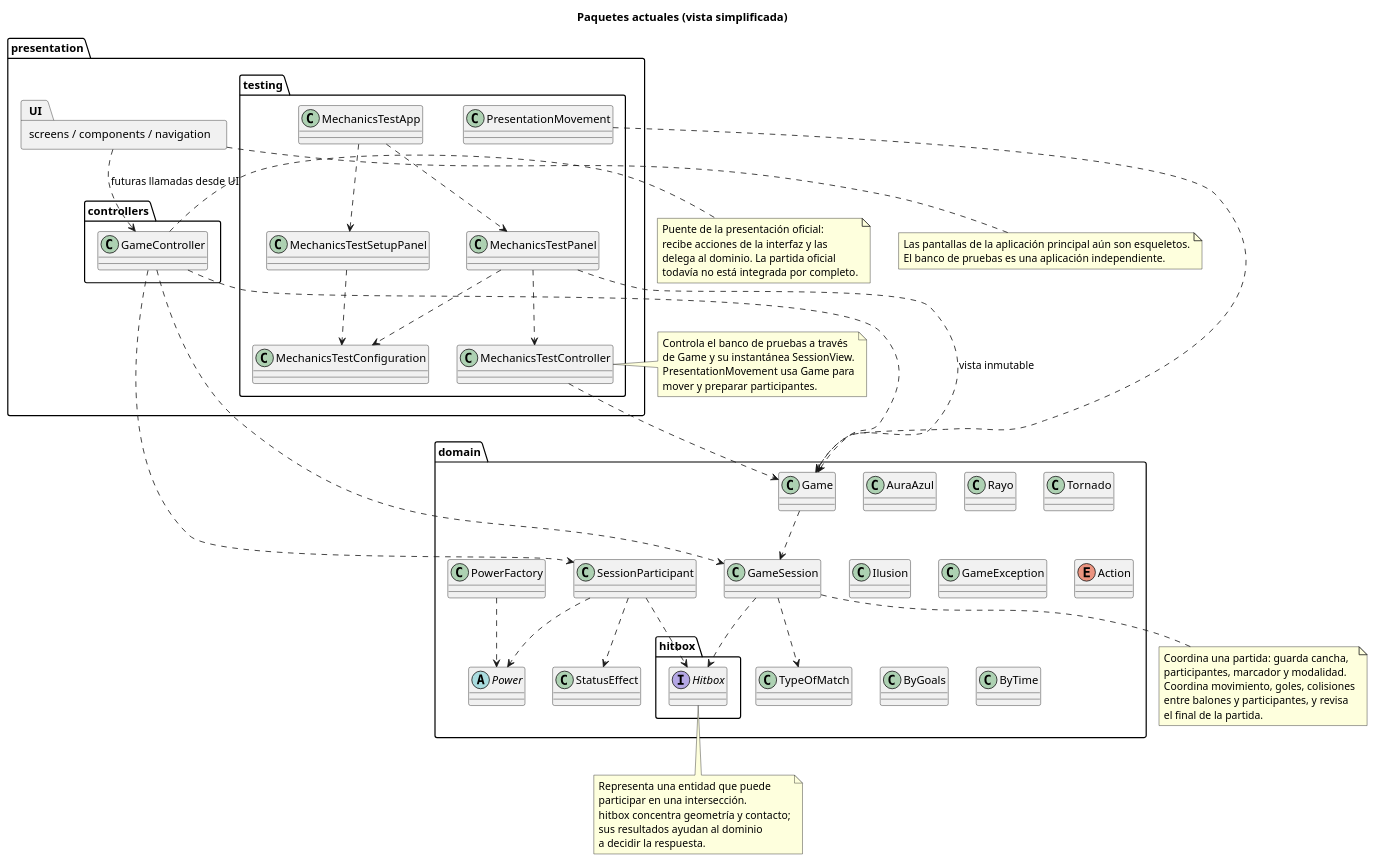
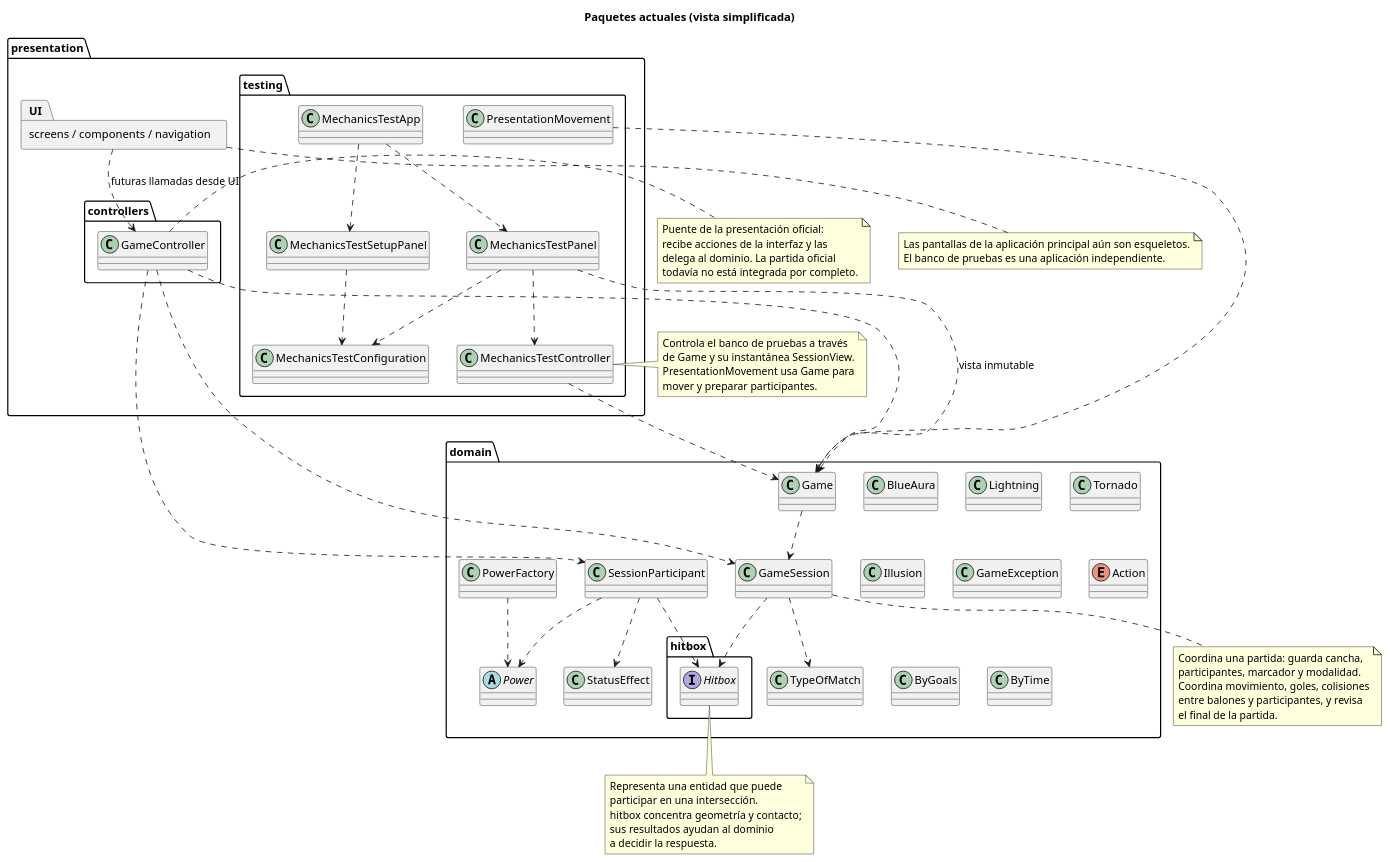
Before and after one commit to PaglkG/ProyectoFinal-Dopo: the diagram in docs/uml/package-diagram.puml, drawn with PlantUML. The commit also changed 41 other files, not shown here.

Commit message:
ajuste de diagrama de clase Game y session

```diff
--- a/docs/uml/package-diagram.puml
+++ b/docs/uml/package-diagram.puml
@@ -1,87 +1,87 @@
 @startuml
 allowmixing
 title Paquetes actuales (vista simplificada)
 package "presentation" {
   package "controllers" {
     class GameController
   }
   package "testing" {
     class MechanicsTestApp
     class MechanicsTestSetupPanel
     class MechanicsTestConfiguration
     class MechanicsTestPanel
     class MechanicsTestController
     class PresentationMovement
   }
   package "screens / components / navigation" as UI
 }
 package "domain" {
   class Game
   class GameSession
   class SessionParticipant
   class TypeOfMatch
   package "hitbox" {
     interface Hitbox
   }
   class StatusEffect
   abstract class Power
-  class AuraAzul
-  class Rayo
+  class BlueAura
+  class Lightning
   class Tornado
-  class Ilusion
+  class Illusion
   class PowerFactory
   class GameException
   enum Action
   class ByGoals
   class ByTime
 }
 GameController ..> Game
 GameController ..> GameSession
 GameController ..> SessionParticipant
 Game ..> GameSession
 GameSession ..> TypeOfMatch
 GameSession ..> Hitbox
 SessionParticipant ..> Hitbox
 SessionParticipant ..> StatusEffect
 SessionParticipant ..> Power
 PowerFactory ..> Power
 UI ..> GameController : futuras llamadas desde UI
 MechanicsTestPanel ..> MechanicsTestController
 MechanicsTestSetupPanel ..> MechanicsTestConfiguration
 MechanicsTestApp ..> MechanicsTestSetupPanel
 MechanicsTestApp ..> MechanicsTestPanel
 MechanicsTestPanel ..> MechanicsTestConfiguration
 MechanicsTestPanel ..> Game : vista inmutable
 MechanicsTestController ..> Game
 PresentationMovement ..> Game
 note bottom of UI
   Las pantallas de la aplicación principal aún son esqueletos.
   El banco de pruebas es una aplicación independiente.
 end note
 note right of GameController
   Puente de la presentación oficial:
   recibe acciones de la interfaz y las
   delega al dominio. La partida oficial
   todavía no está integrada por completo.
 end note
 note bottom of GameSession
   Coordina una partida: guarda cancha,
   participantes, marcador y modalidad.
   Coordina movimiento, goles, colisiones
   entre balones y participantes, y revisa
   el final de la partida.
 end note
 note bottom of Hitbox
   Representa una entidad que puede
   participar en una intersección.
   hitbox concentra geometría y contacto;
   sus resultados ayudan al dominio
   a decidir la respuesta.
 end note
 note right of MechanicsTestController
   Controla el banco de pruebas a través
   de Game y su instantánea SessionView.
   PresentationMovement usa Game para
   mover y preparar participantes.
 end note
 @enduml
```
